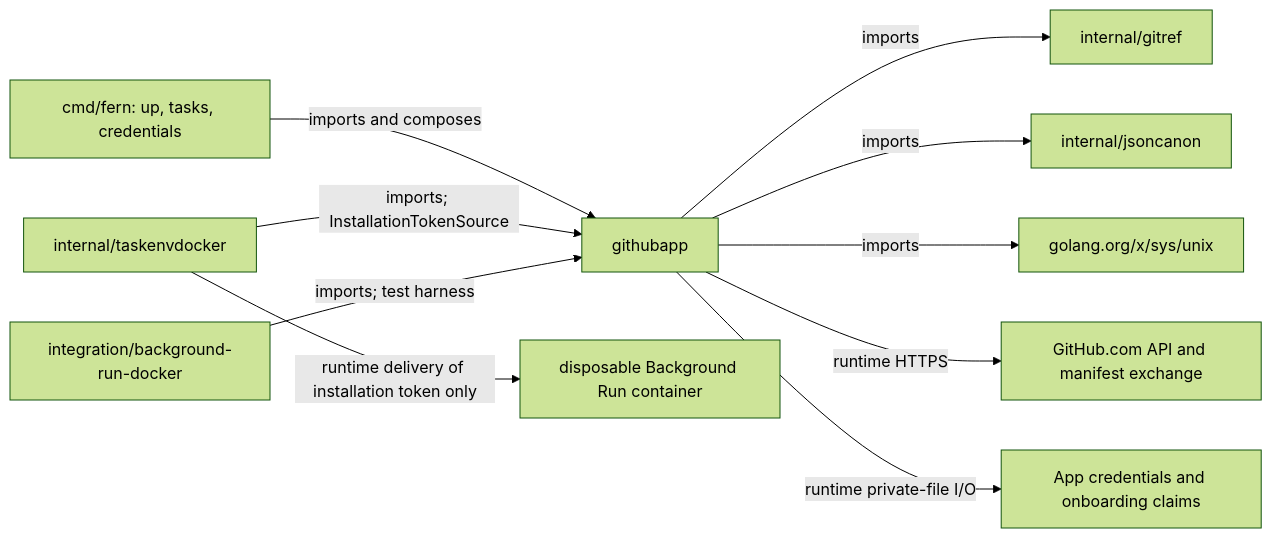
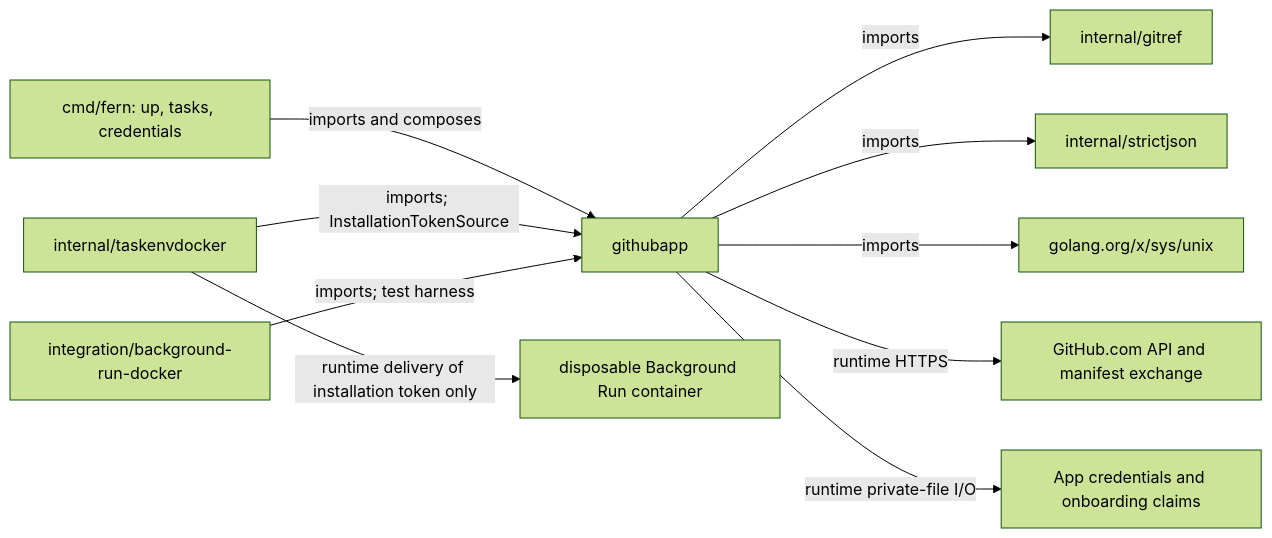
One commit to nebler/fern changed the second of 2 diagrams in internal/githubapp/README.md. Above: the diagram before and after it, drawn with Mermaid (forest theme). The commit also changed other lines of this file and 47 other files, not shown here.

````diff
--- a/internal/githubapp/README.md
+++ b/internal/githubapp/README.md
@@ -46,12 +46,12 @@
 ```mermaid
 graph LR
   cli["cmd/fern: up, tasks, credentials"] -->|"imports and composes"| gh["githubapp"]
   provider["internal/taskenvdocker"] -->|"imports; InstallationTokenSource"| gh
   integration["integration/background-run-docker"] -->|"imports; test harness"| gh
   gh -->|"imports"| gitref["internal/gitref"]
-  gh -->|"imports"| jsoncanon["internal/jsoncanon"]
+  gh -->|"imports"| strictjson["internal/strictjson"]
   gh -->|"imports"| unix["golang.org/x/sys/unix"]
   gh -->|"runtime HTTPS"| github["GitHub.com API and manifest exchange"]
   gh -->|"runtime private-file I/O"| host["App credentials and onboarding claims"]
   provider -->|"runtime delivery of installation token only"| container["disposable Background Run container"]
 ```
````
